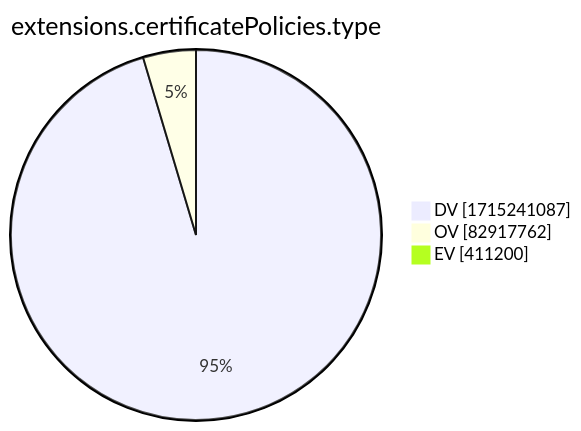
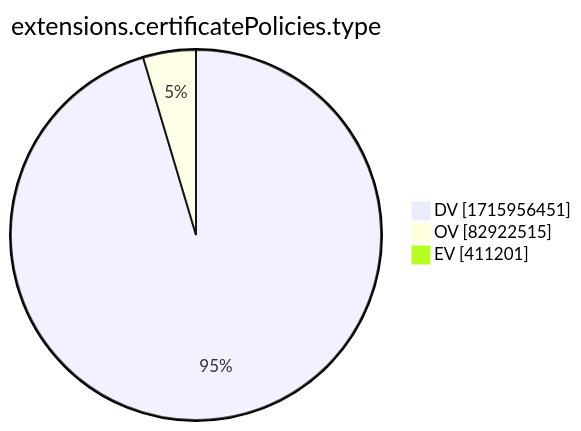
The tenth of 15 diagrams in xenon2022/README.md (christiankrug/ctmonitor_visualization), drawn with Mermaid before and after one commit. The commit also changed other lines of this file, not shown here.

````diff
--- a/xenon2022/README.md
+++ b/xenon2022/README.md
@@ -2881,7 +2881,7 @@
 ```mermaid
 pie showData
 title extensions.certificatePolicies.type
-"DV" :1715241087
-"OV" :82917762
-"EV" :411200
+"DV" :1715956451
+"OV" :82922515
+"EV" :411201
 ```
````
